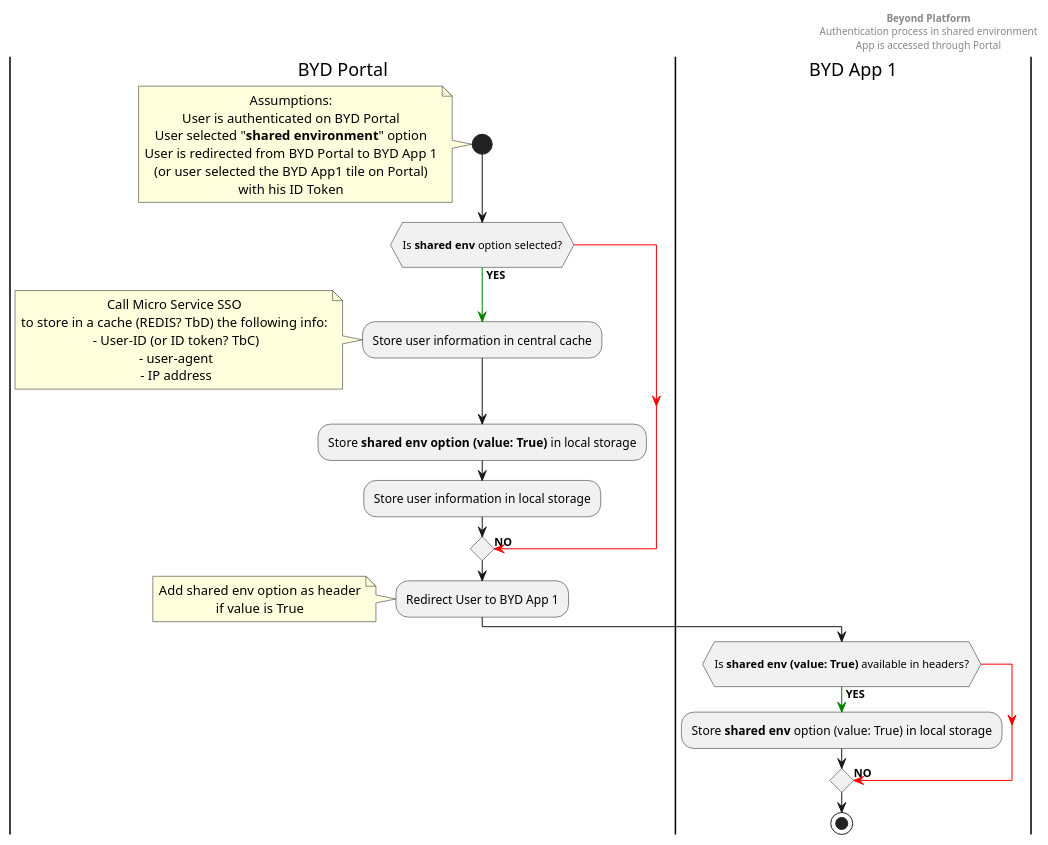
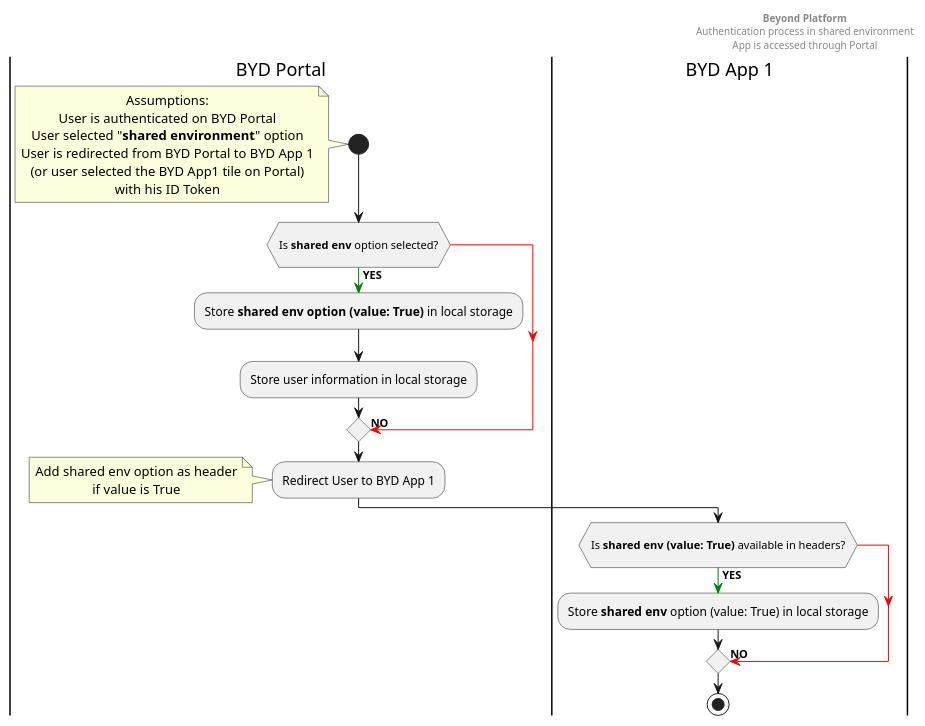
The diagram in 02.byd-Platform/2.SpecificationDossier/02. Security/activity-auth-shared-env-portal-access.puml (cogirep/documentation), drawn with PlantUML before and after one commit. The commit also changed 14 other files, not shown here.

```diff
--- a/02.byd-Platform/2.SpecificationDossier/02. Security/activity-auth-shared-env-portal-access.puml
+++ b/02.byd-Platform/2.SpecificationDossier/02. Security/activity-auth-shared-env-portal-access.puml
@@ -1,48 +1,48 @@
 @startuml
 header
 <b>Beyond Platform</b>
 Authentication process in shared environment
 App is accessed through Portal
 end header
 skinparam defaultTextAlignment center
 |BYD Portal|
 start
 note left
   Assumptions:
   User is authenticated on BYD Portal
   User selected "<b>shared environment</b>" option
   User is redirected from BYD Portal to BYD App 1
   (or user selected the BYD App1 tile on Portal)
   with his ID Token
 end note
 if (\nIs <b>shared env</b> option selected?\n) then
   -[#green]-> **YES**;
-  :Store user information in central cache;
-  note left
-    Call Micro Service SSO
-    to store in a cache (REDIS? TbD) the following info:
-     - User-ID (or ID token? TbC)
-     - user-agent
-     - IP address
-  end note
+  ' :Store user information in central cache;
+  ' note left
+  '   Call Micro Service SSO
+  '   to store in a cache (REDIS? TbD) the following info:
+  '    - User-ID (or ID token? TbC)
+  '    - user-agent
+  '    - IP address
+  ' end note
   :Store <b>shared env option (value: True)</b> in local storage;
   :Store user information in local storage;
 else
   -[#red]-> **NO**;
 endif
 :Redirect User to BYD App 1;
 note left
   Add shared env option as header
   if value is True
 end note
 |BYD App 1|
 if (\nIs <b>shared env (value: True)</b> available in headers?\n) then
   -[#green]-> **YES**;
   :Store <b>shared env</b> option (value: True) in local storage;
 else
   -[#red]-> **NO**;
 endif
 
 stop
 
 @enduml
```
